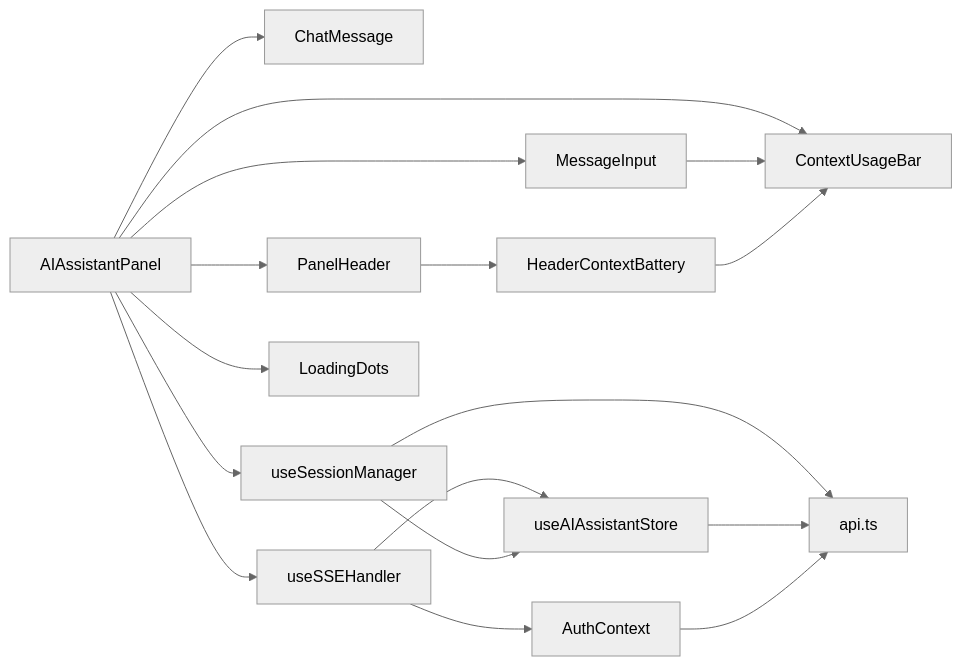
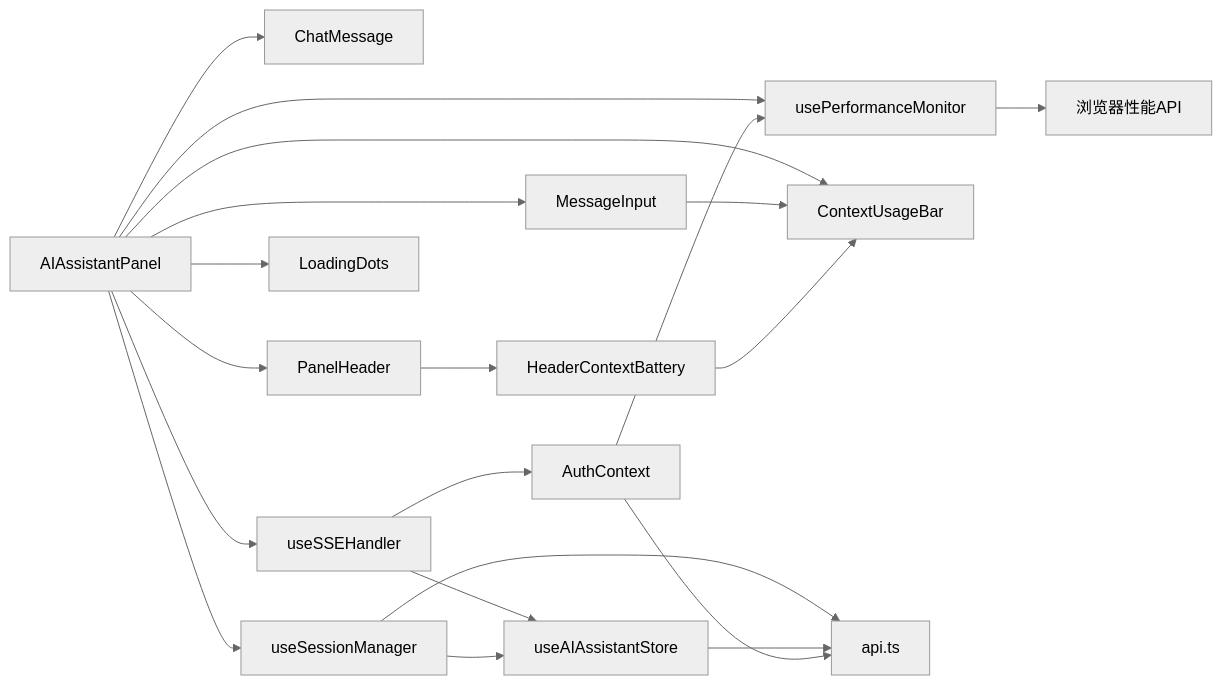
Before and after one commit to KunLabAI/KunFlix: diagram 16 of 16 in .qoder/repowiki/zh/content/前端应用架构/UI组件库/画布组件系统/AI助手面板.md, drawn with Mermaid (neutral theme). The commit also changed other lines of this file and 8 other files, not shown here.

````diff
--- a/.qoder/repowiki/zh/content/前端应用架构/UI组件库/画布组件系统/AI助手面板.md
+++ b/.qoder/repowiki/zh/content/前端应用架构/UI组件库/画布组件系统/AI助手面板.md
@@ -554,19 +741,22 @@
 ```mermaid
 graph LR
 AIP["AIAssistantPanel"] --> CHAT["ChatMessage"]
 AIP --> INPUT["MessageInput"]
 AIP --> HDR["PanelHeader"]
 AIP --> SSE["useSSEHandler"]
 AIP --> SESS["useSessionManager"]
+AIP --> PERF["usePerformanceMonitor"]
 AIP --> CONTEXT["ContextUsageBar"]
 AIP --> LOADING["LoadingDots"]
 HDR --> HEADERCTX["HeaderContextBattery"]
 SSE --> STORE["useAIAssistantStore"]
 SESS --> STORE
 SESS --> API["api.ts"]
 SSE --> AUTH["AuthContext"]
 STORE --> API
 INPUT --> CONTEXT
 HEADERCTX --> CONTEXT
 AUTH --> API
+AUTH --> PERF
+PERF --> BROWSER["浏览器性能API"]
 ```
````
